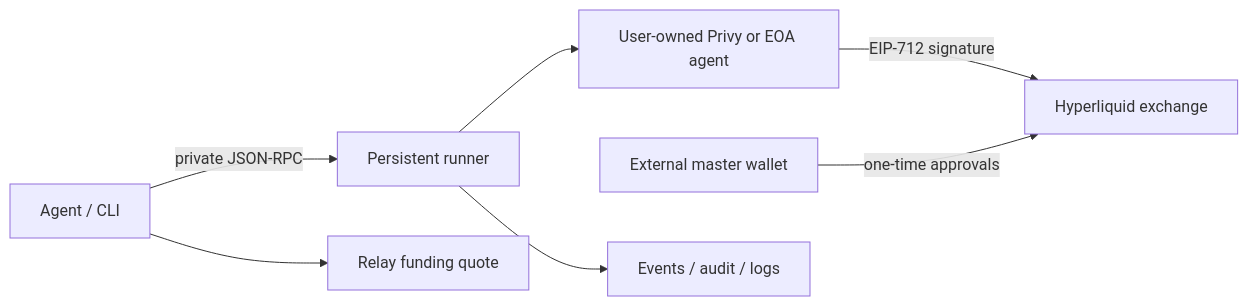
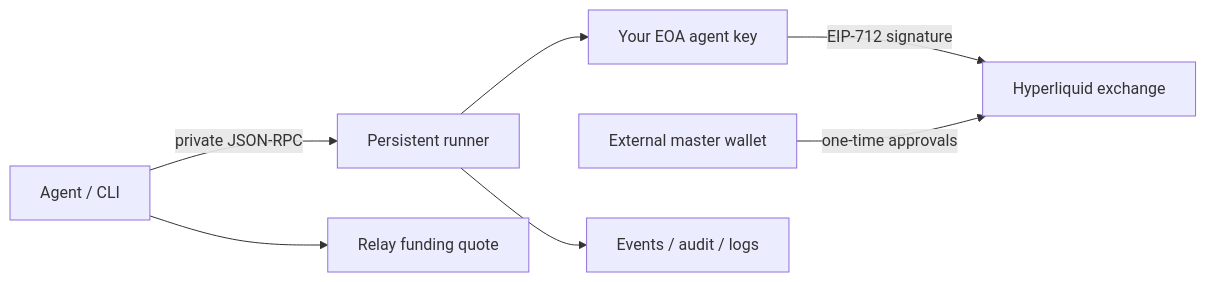
The diagram in README.md (bloxwap/agent-cli), drawn with Mermaid before and after one commit. The commit also changed other lines of this file and 72 other files, not shown here.

First line of the commit message:
feat: bring-your-own wallet, remove the managed Privy signer (#103)

````diff
--- a/README.md
+++ b/README.md
@@ -77,9 +70,9 @@
 ```mermaid
 flowchart LR
   Agent[Agent / CLI] -->|private JSON-RPC| Runner[Persistent runner]
-  Runner --> Signer[User-owned Privy or EOA agent]
+  Runner --> Signer[Your EOA agent key]
   Signer -->|EIP-712 signature| HL[Hyperliquid exchange]
   Agent --> Relay[Relay funding quote]
   Master[External master wallet] -->|one-time approvals| HL
   Runner --> Journal[Events / audit / logs]
 ```
````
